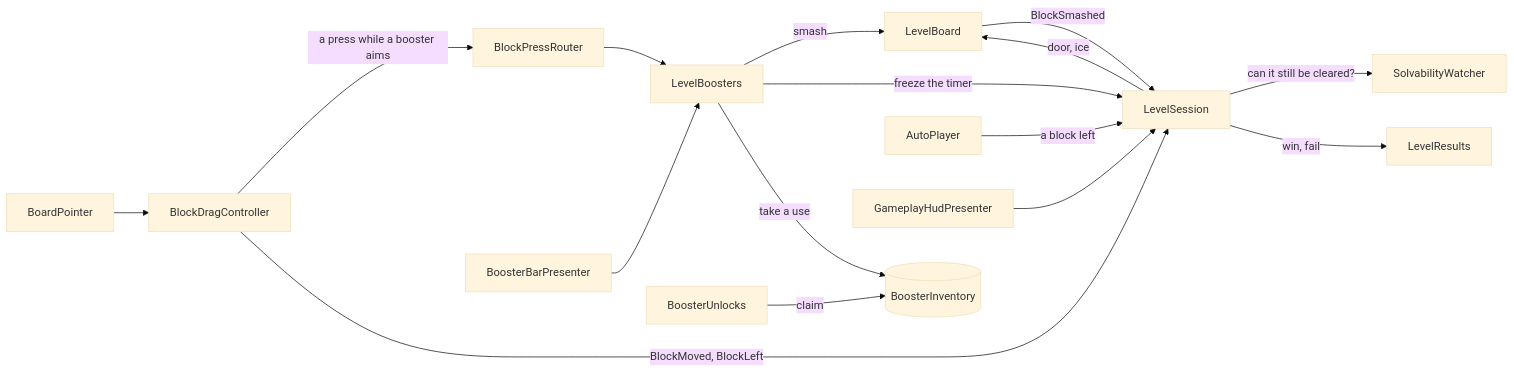
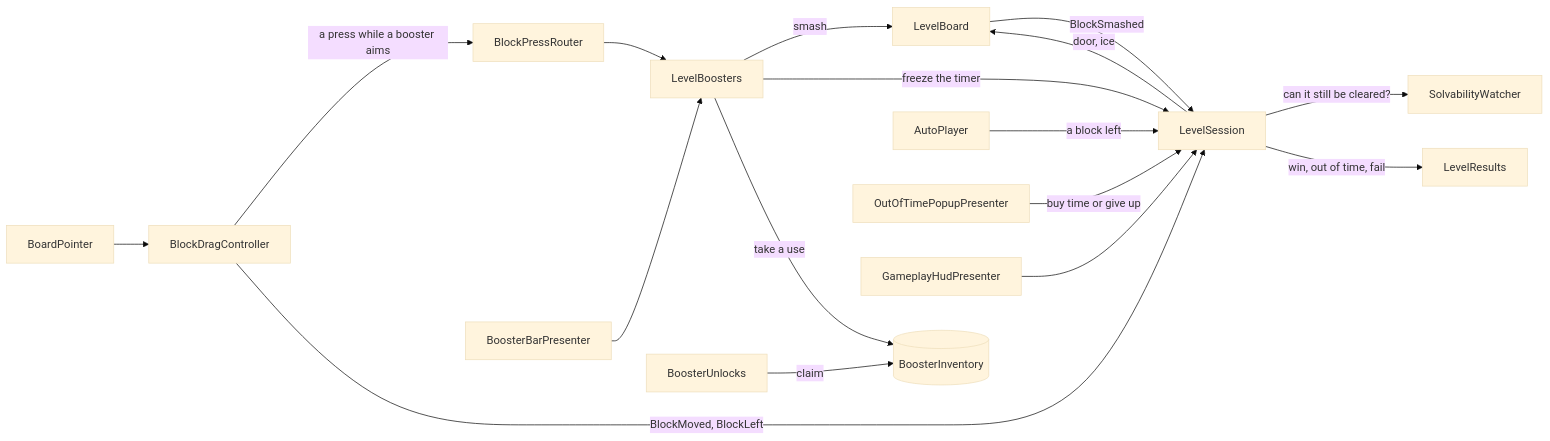
One commit to recep-yzc/color-block-jam changed the diagram in README.md. Above: the diagram before and after it, drawn with Mermaid (base theme). The commit also changed other lines of this file, not shown here.

First line of the commit message:
docs: describe the out of time offer, the new popups and the HUD restart

````diff
--- a/README.md
+++ b/README.md
@@ -149,18 +154,19 @@
 ```mermaid
 flowchart LR
     Pointer[BoardPointer] --> Drag[BlockDragController]
     Drag -- "a press while a booster aims" --> Router[BlockPressRouter]
     Router --> Boosters[LevelBoosters]
     Drag -- "BlockMoved, BlockLeft" --> Session[LevelSession]
     Boosters -- "smash" --> Board[LevelBoard]
     Boosters -- "freeze the timer" --> Session
     Boosters -- "take a use" --> Inventory[(BoosterInventory)]
     Board -- BlockSmashed --> Session
     Auto[AutoPlayer] -- "a block left" --> Session
     Session -- "door, ice" --> Board
     Session -- "can it still be cleared?" --> Watcher[SolvabilityWatcher]
-    Session -- "win, fail" --> Results[LevelResults]
+    Session -- "win, out of time, fail" --> Results[LevelResults]
+    Offer[OutOfTimePopupPresenter] -- "buy time or give up" --> Session
     Bar[BoosterBarPresenter] --> Boosters
     Unlocks[BoosterUnlocks] -- "claim" --> Inventory
     Hud[GameplayHudPresenter] --> Session
 ```
````
